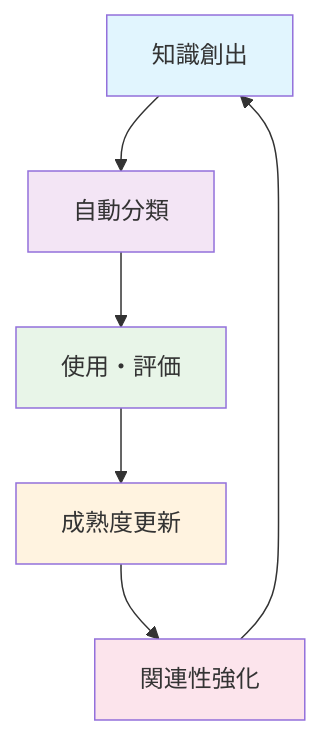
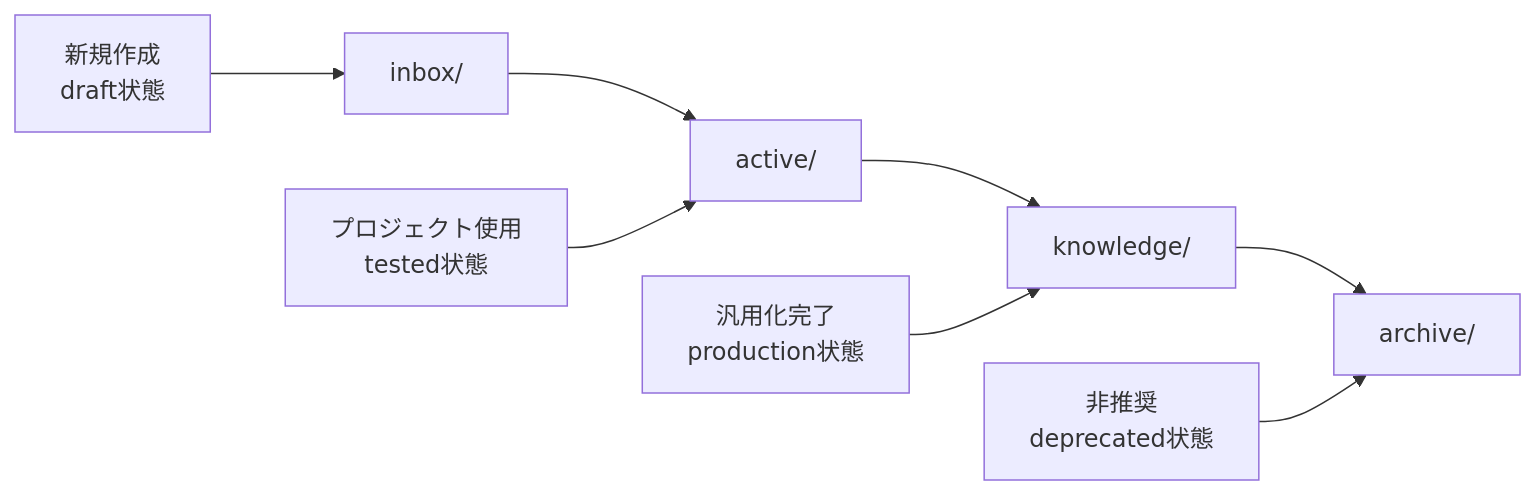
One commit to drillan/claude-knowledge-catalyst changed the second of 2 diagrams in docs/user-guide/core-concepts.md. Above: the diagram before and after it, drawn with Mermaid. The commit also changed other lines of this file and 90 other files, not shown here.

````diff
--- a/docs/user-guide/core-concepts.md
+++ b/docs/user-guide/core-concepts.md
@@ -156,14 +106,11 @@
 ```mermaid
-graph TD
-    A[知識創出] --> B[自動分類]
-    B --> C[使用・評価]
-    C --> D[成熟度更新]
-    D --> E[関連性強化]
-    E --> A
+graph LR
+    A[inbox/] --> B[active/]
+    B --> C[knowledge/]
+    C --> D[archive/]
     
-    style A fill:#e1f5fe
-    style B fill:#f3e5f5
-    style C fill:#e8f5e8
-    style D fill:#fff3e0
-    style E fill:#fce4ec
+    A1[新規作成<br/>draft状態] --> A
+    B1[プロジェクト使用<br/>tested状態] --> B
+    C1[汎用化完了<br/>production状態] --> C
+    D1[非推奨<br/>deprecated状態] --> D
 ```
````
